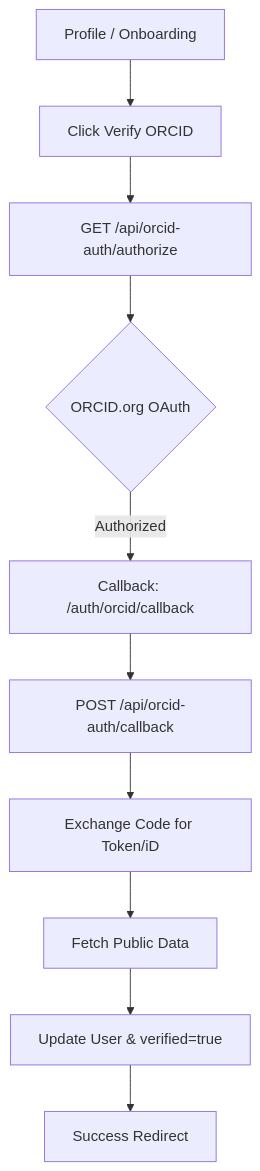
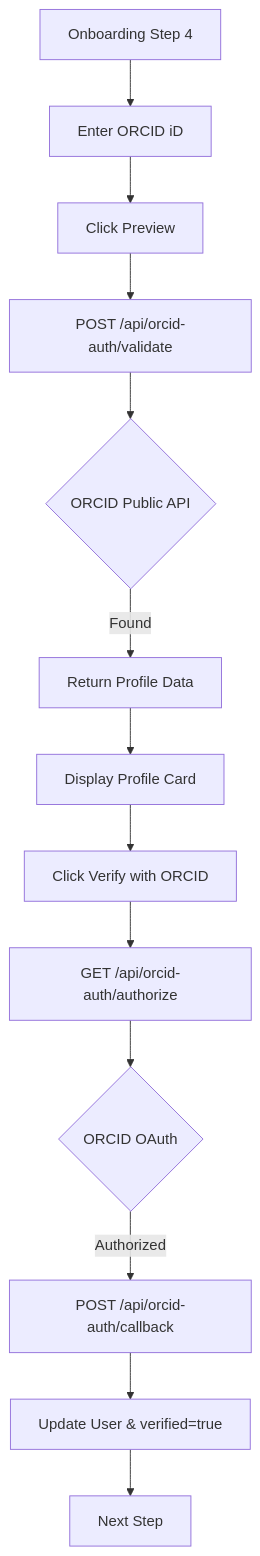
Before and after one commit to akvo/science-for-africa: the diagram in docs/ORCID_FLOW.md, drawn with Mermaid. The commit also changed other lines of this file and 20 other files, not shown here.

````diff
--- a/docs/ORCID_FLOW.md
+++ b/docs/ORCID_FLOW.md
@@ -30,12 +47,15 @@
 ```mermaid
 graph TD
-    A[Profile / Onboarding] --> B[Click Verify ORCID]
-    B --> C[GET /api/orcid-auth/authorize]
-    C --> D{ORCID.org OAuth}
-    D -->|Authorized| E[Callback: /auth/orcid/callback]
-    E --> F[POST /api/orcid-auth/callback]
-    F --> G[Exchange Code for Token/iD]
-    G --> H[Fetch Public Data]
-    H --> I[Update User & verified=true]
-    I --> J[Success Redirect]
+    A[Onboarding Step 4] --> B[Enter ORCID iD]
+    B --> C[Click Preview]
+    C --> D[POST /api/orcid-auth/validate]
+    D --> E{ORCID Public API}
+    E -->|Found| F[Return Profile Data]
+    F --> G[Display Profile Card]
+    G --> H[Click Verify with ORCID]
+    H --> I[GET /api/orcid-auth/authorize]
+    I --> J{ORCID OAuth}
+    J -->|Authorized| K[POST /api/orcid-auth/callback]
+    K --> L[Update User & verified=true]
+    L --> M[Next Step]
 ```
````
